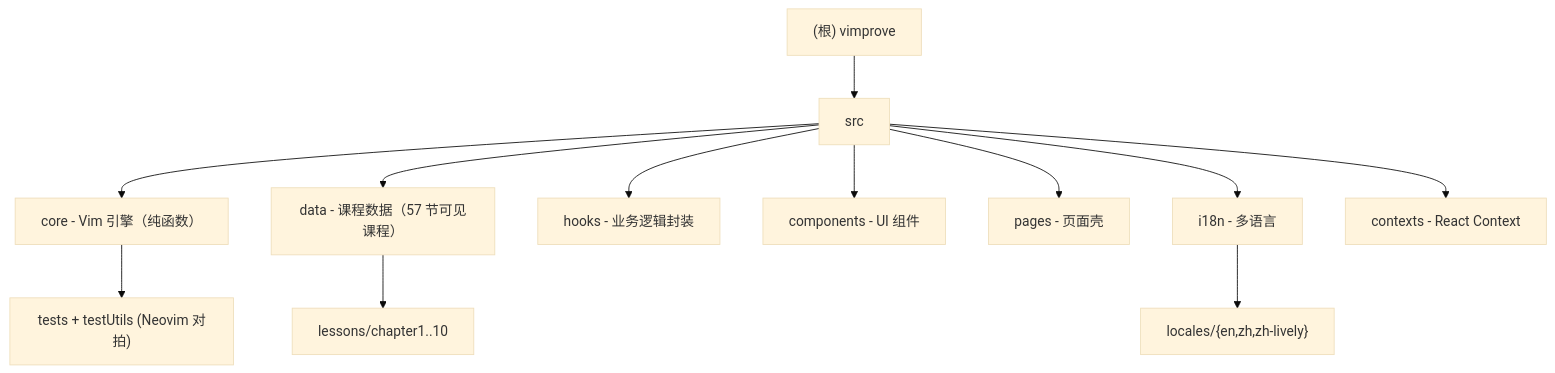
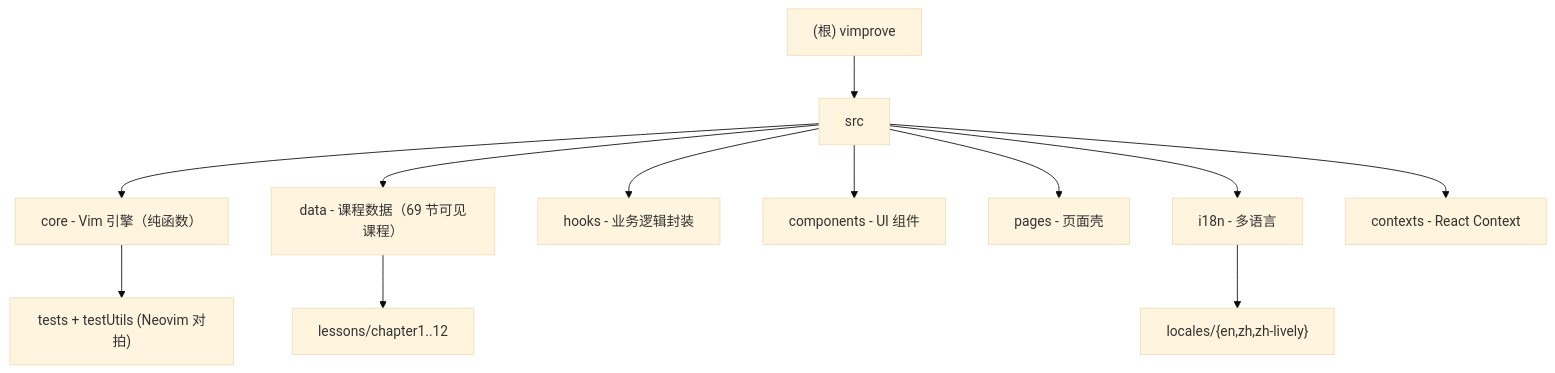
Before and after one commit to hechangjia/vimprove: the diagram in CLAUDE.md, drawn with Mermaid (base theme). The commit also changed other lines of this file and 58 other files, not shown here.

Commit message:
feat: complete vimprove roadmap through v3.0

````diff
--- a/CLAUDE.md
+++ b/CLAUDE.md
@@ -10,21 +10,21 @@
 ```mermaid
 graph TD
     A["(根) vimprove"] --> SRC["src"]
     SRC --> CORE["core - Vim 引擎（纯函数）"]
-    SRC --> DATA["data - 课程数据（57 节可见课程）"]
+    SRC --> DATA["data - 课程数据（69 节可见课程）"]
     SRC --> HOOKS["hooks - 业务逻辑封装"]
     SRC --> COMPONENTS["components - UI 组件"]
     SRC --> PAGES["pages - 页面壳"]
     SRC --> I18N["i18n - 多语言"]
     SRC --> CONTEXTS["contexts - React Context"]
-    DATA --> LESSONS["lessons/chapter1..10"]
+    DATA --> LESSONS["lessons/chapter1..12"]
     CORE --> CORE_TESTS["tests + testUtils (Neovim 对拍)"]
     I18N --> LOCALES["locales/{en,zh,zh-lively}"]
 
     click CORE "./src/core/CLAUDE.md" "查看 core 模块文档"
     click DATA "./src/data/CLAUDE.md" "查看 data 模块文档"
     click HOOKS "./src/hooks/CLAUDE.md" "查看 hooks 模块文档"
     click COMPONENTS "./src/components/CLAUDE.md" "查看 components 模块文档"
     click PAGES "./src/pages/CLAUDE.md" "查看 pages 模块文档"
     click I18N "./src/i18n/CLAUDE.md" "查看 i18n 模块文档"
 ```
````
